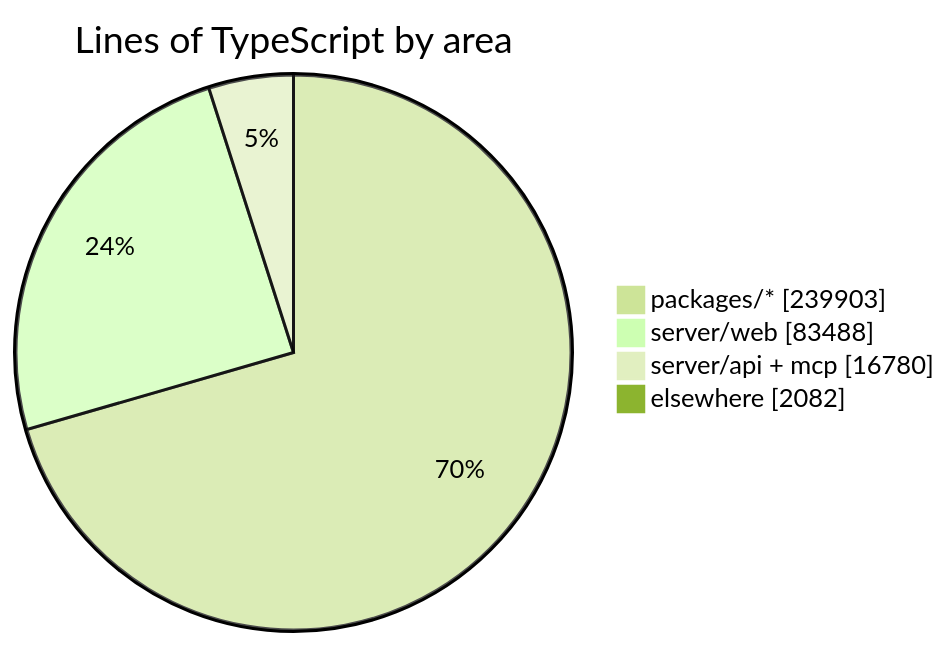
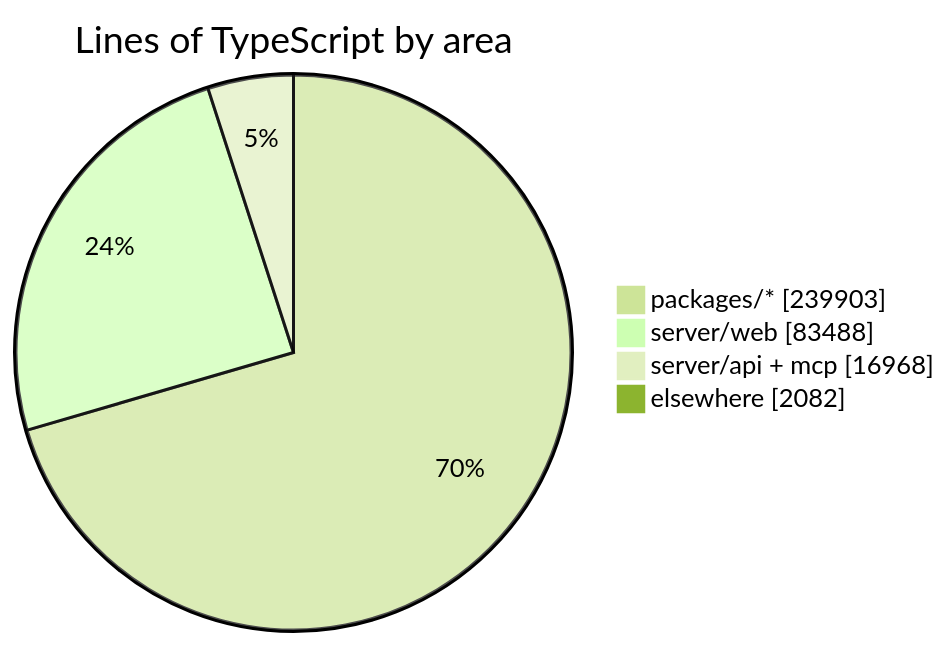
Before and after one commit to crossworks-engineering/mantle: the diagram in README.md, drawn with Mermaid (forest theme). The commit also changed other lines of this file and 2 other files, not shown here.

````diff
--- a/README.md
+++ b/README.md
@@ -287,7 +287,7 @@
 ```mermaid
 pie showData title Lines of TypeScript by area
     "packages/*" : 239903
     "server/web" : 83488
-    "server/api + mcp" : 16780
+    "server/api + mcp" : 16968
     "elsewhere" : 2082
 ```
````
